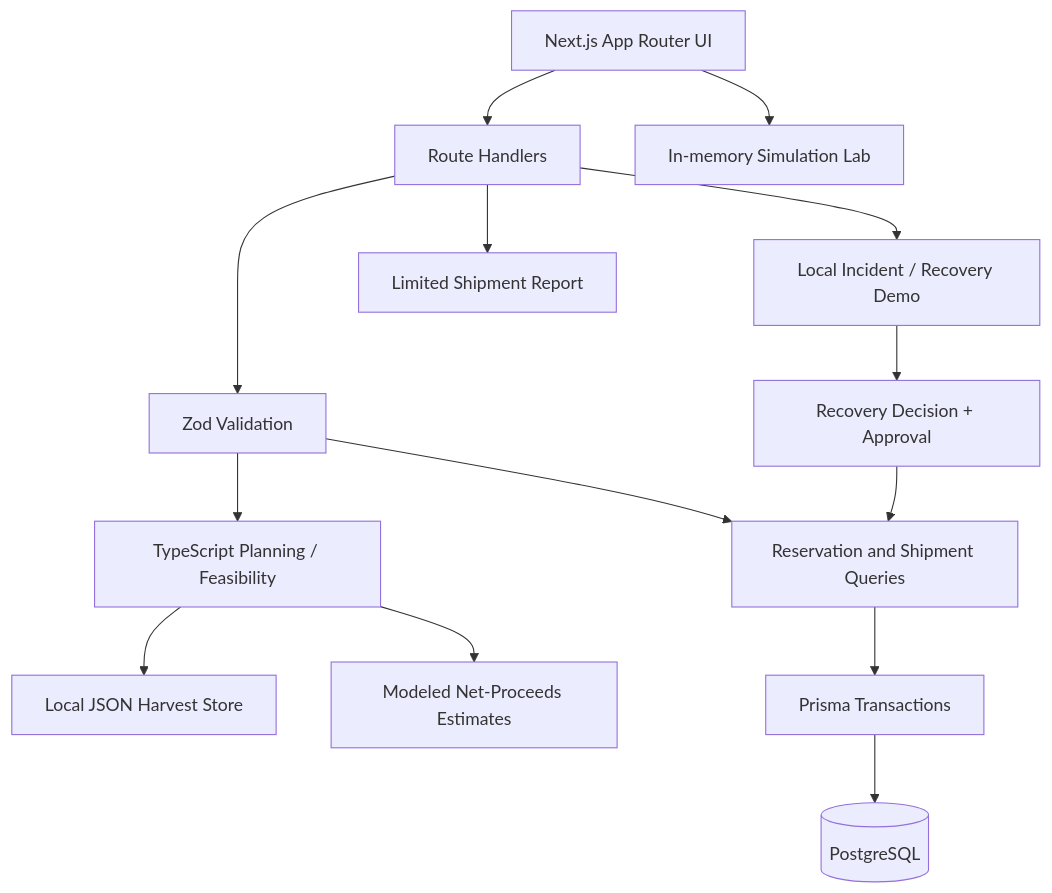
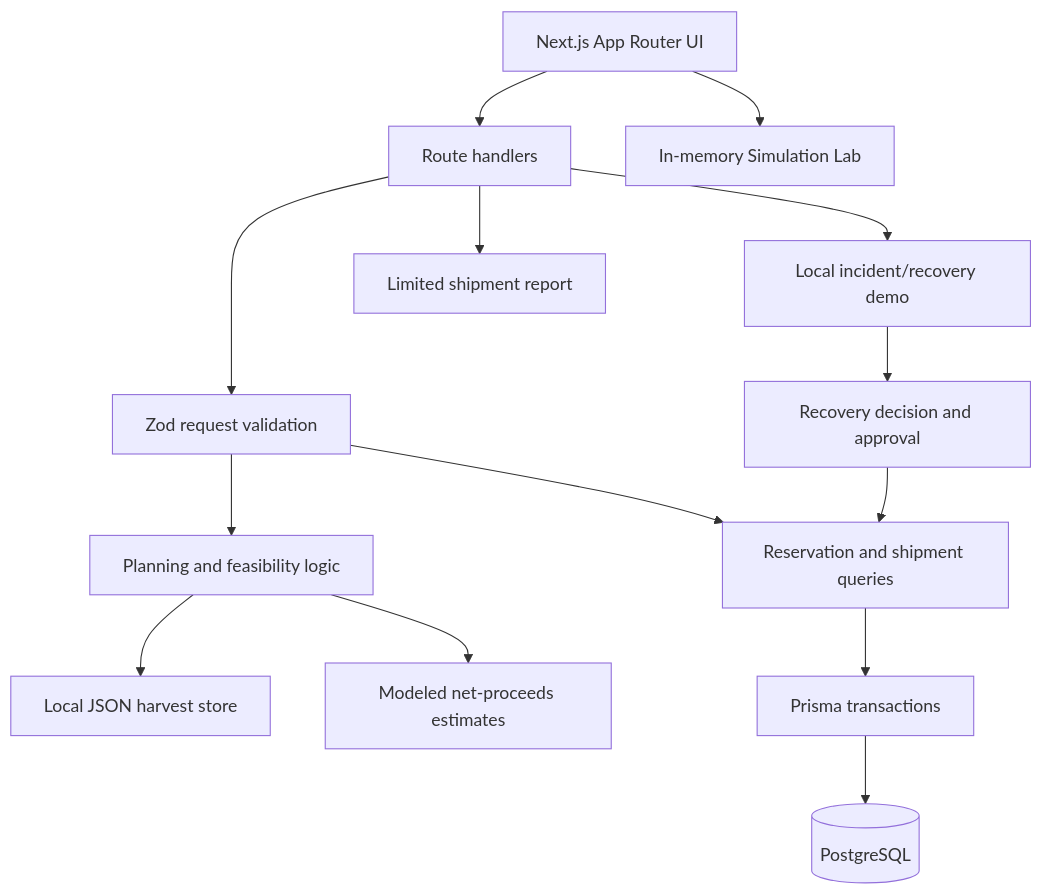
Before and after one commit to nikhi20-900/KhetSe: the second of 2 diagrams in README.md, drawn with Mermaid. The commit also changed other lines of this file, not shown here.

````diff
--- a/README.md
+++ b/README.md
@@ -160,16 +175,16 @@
 ```mermaid
 flowchart TD
-    A[Next.js App Router UI] --> B[Route Handlers]
-    B --> C[Zod Validation]
-    C --> D[TypeScript Planning / Feasibility]
-    C --> E[Reservation and Shipment Queries]
-    D --> F[Local JSON Harvest Store]
-    D --> G[Modeled Net-Proceeds Estimates]
-    E --> H[Prisma Transactions]
+    A[Next.js App Router UI] --> B[Route handlers]
+    B --> C[Zod request validation]
+    C --> D[Planning and feasibility logic]
+    C --> E[Reservation and shipment queries]
+    D --> F[Local JSON harvest store]
+    D --> G[Modeled net-proceeds estimates]
+    E --> H[Prisma transactions]
     H --> I[(PostgreSQL)]
     A --> J[In-memory Simulation Lab]
-    B --> K[Local Incident / Recovery Demo]
-    K --> L[Recovery Decision + Approval]
+    B --> K[Local incident/recovery demo]
+    K --> L[Recovery decision and approval]
     L --> E
-    B --> M[Limited Shipment Report]
+    B --> M[Limited shipment report]
 ```
````
